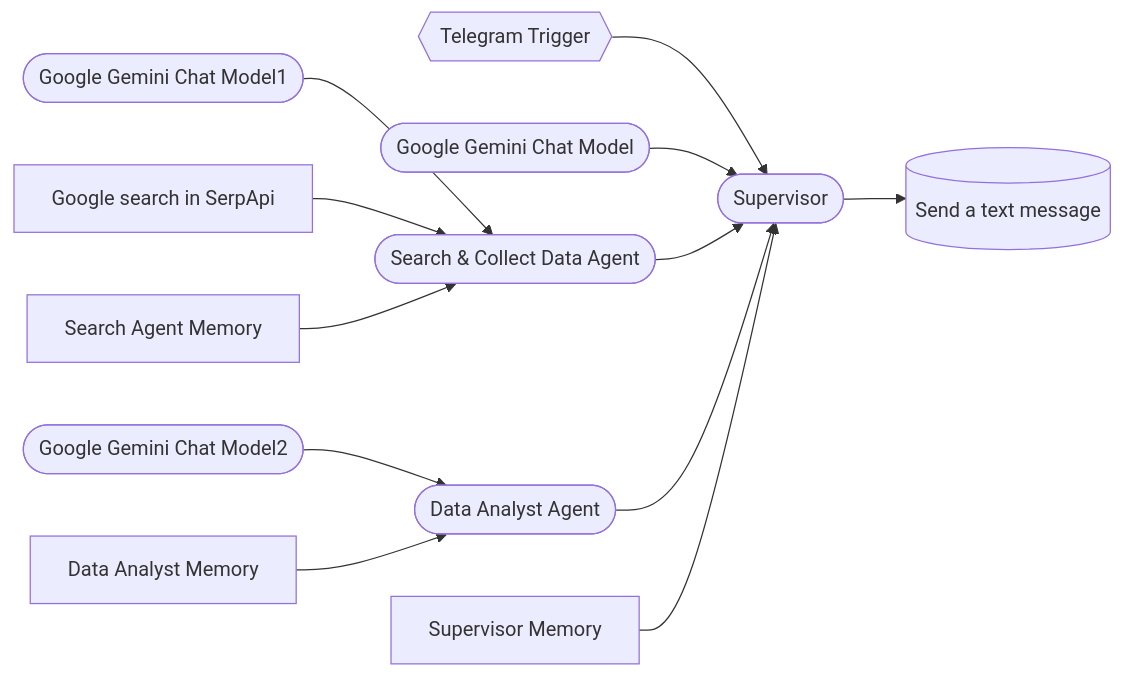
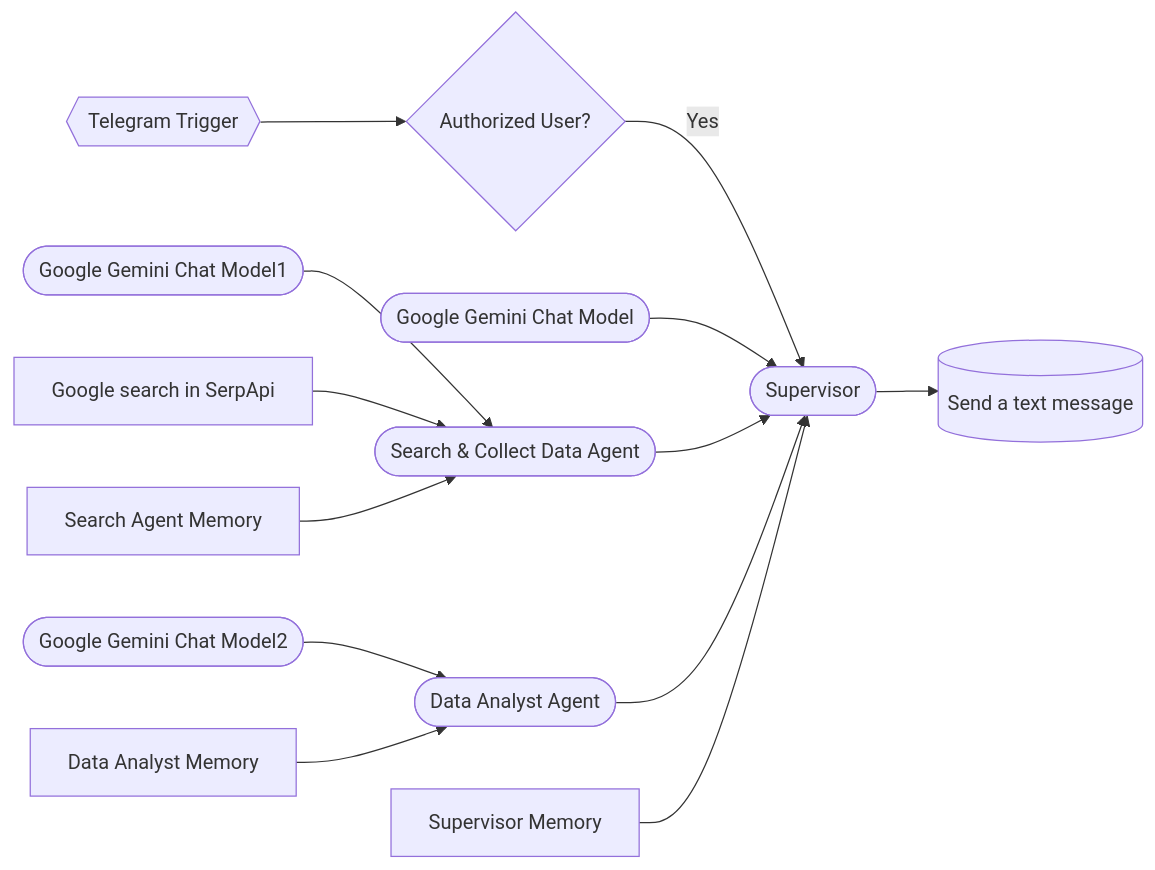
Before and after one commit to Omar-Ayman0/n8n-ai-automation-projects: the second of 2 diagrams in multi-agent-patterns/README.md, drawn with Mermaid. The commit also changed other lines of this file and 18 other files, not shown here.

````diff
--- a/multi-agent-patterns/README.md
+++ b/multi-agent-patterns/README.md
@@ -132,26 +137,28 @@
 ```mermaid
 flowchart LR
   N0{{"Telegram Trigger"}}
   N1(["Google Gemini Chat Model"])
   N2(["Supervisor"])
   N3(["Google Gemini Chat Model1"])
   N4(["Google Gemini Chat Model2"])
   N5["Google search in SerpApi"]
   N6(["Search & Collect Data Agent"])
   N7(["Data Analyst Agent"])
   N8[("Send a text message")]
   N9["Search Agent Memory"]
   N10["Data Analyst Memory"]
   N11["Supervisor Memory"]
-  N0 --> N2
+  NA{"Authorized User?"}
+  N0 --> NA
+  NA -->|Yes| N2
   N1 --> N2
   N3 --> N6
   N4 --> N7
   N5 --> N6
   N6 --> N2
   N7 --> N2
   N2 --> N8
   N9 --> N6
   N10 --> N7
   N11 --> N2
 ```
````
